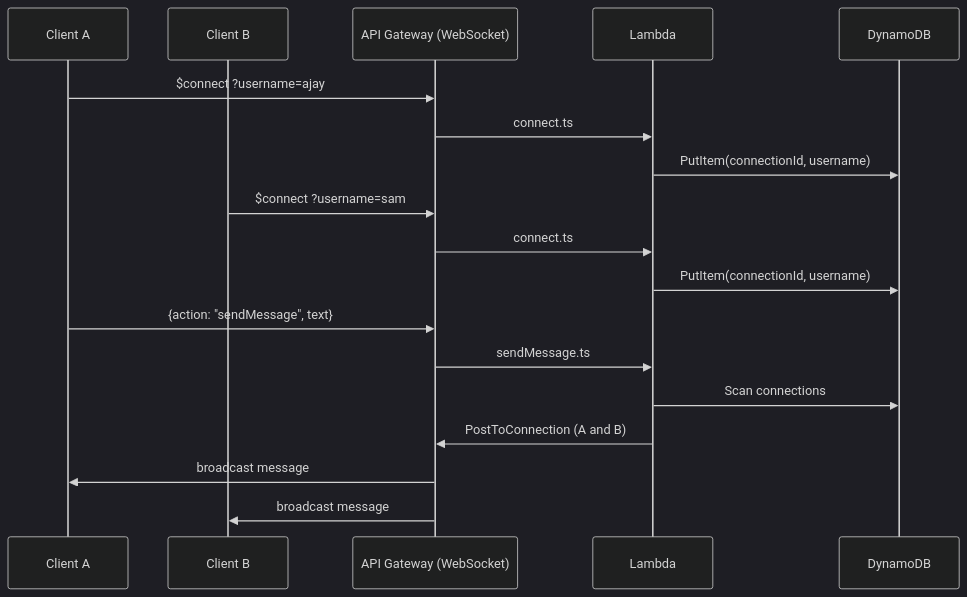
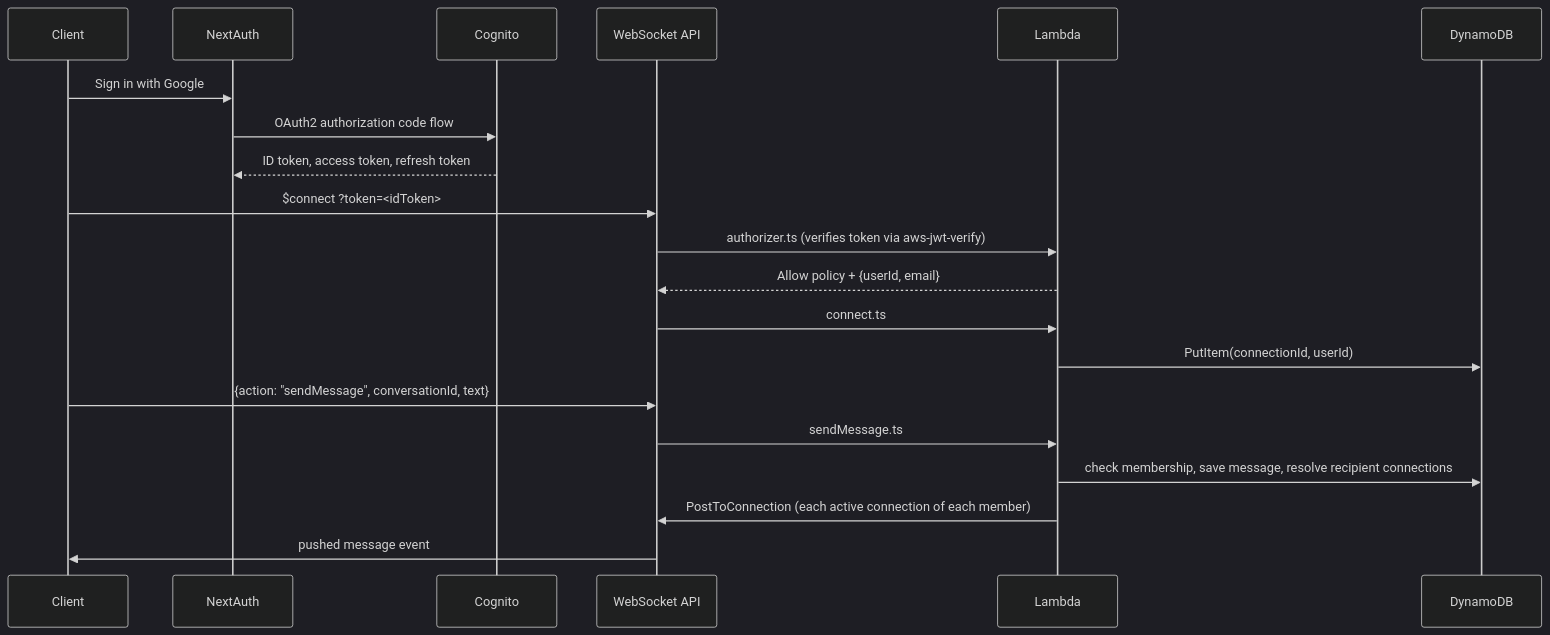
Before and after one commit to ajayshah369/realtime-presence-chat: the diagram in README.md, drawn with Mermaid (dark theme). The commit also changed other lines of this file and 2 other files, not shown here.

First line of the commit message:
docs: update README/AGENTS/CLAUDE.md for auth, unified conversations, and frontend

````diff
--- a/README.md
+++ b/README.md
@@ -7,23 +11,25 @@
 ```mermaid
 sequenceDiagram
-    participant Client A
-    participant Client B
-    participant API Gateway (WebSocket)
+    participant Client
+    participant NextAuth
+    participant Cognito
+    participant WebSocket API
     participant Lambda
     participant DynamoDB
 
-    Client A->>API Gateway (WebSocket): $connect ?username=ajay
-    API Gateway (WebSocket)->>Lambda: connect.ts
-    Lambda->>DynamoDB: PutItem(connectionId, username)
+    Client->>NextAuth: Sign in with Google
+    NextAuth->>Cognito: OAuth2 authorization code flow
+    Cognito-->>NextAuth: ID token, access token, refresh token
 
-    Client B->>API Gateway (WebSocket): $connect ?username=sam
-    API Gateway (WebSocket)->>Lambda: connect.ts
-    Lambda->>DynamoDB: PutItem(connectionId, username)
+    Client->>WebSocket API: $connect ?token=<idToken>
+    WebSocket API->>Lambda: authorizer.ts (verifies token via aws-jwt-verify)
+    Lambda-->>WebSocket API: Allow policy + {userId, email}
+    WebSocket API->>Lambda: connect.ts
+    Lambda->>DynamoDB: PutItem(connectionId, userId)
 
-    Client A->>API Gateway (WebSocket): {action: "sendMessage", text}
-    API Gateway (WebSocket)->>Lambda: sendMessage.ts
-    Lambda->>DynamoDB: Scan connections
-    Lambda->>API Gateway (WebSocket): PostToConnection (A and B)
-    API Gateway (WebSocket)->>Client A: broadcast message
-    API Gateway (WebSocket)->>Client B: broadcast message
+    Client->>WebSocket API: {action: "sendMessage", conversationId, text}
+    WebSocket API->>Lambda: sendMessage.ts
+    Lambda->>DynamoDB: check membership, save message, resolve recipient connections
+    Lambda->>WebSocket API: PostToConnection (each active connection of each member)
+    WebSocket API->>Client: pushed message event
 ```
````
